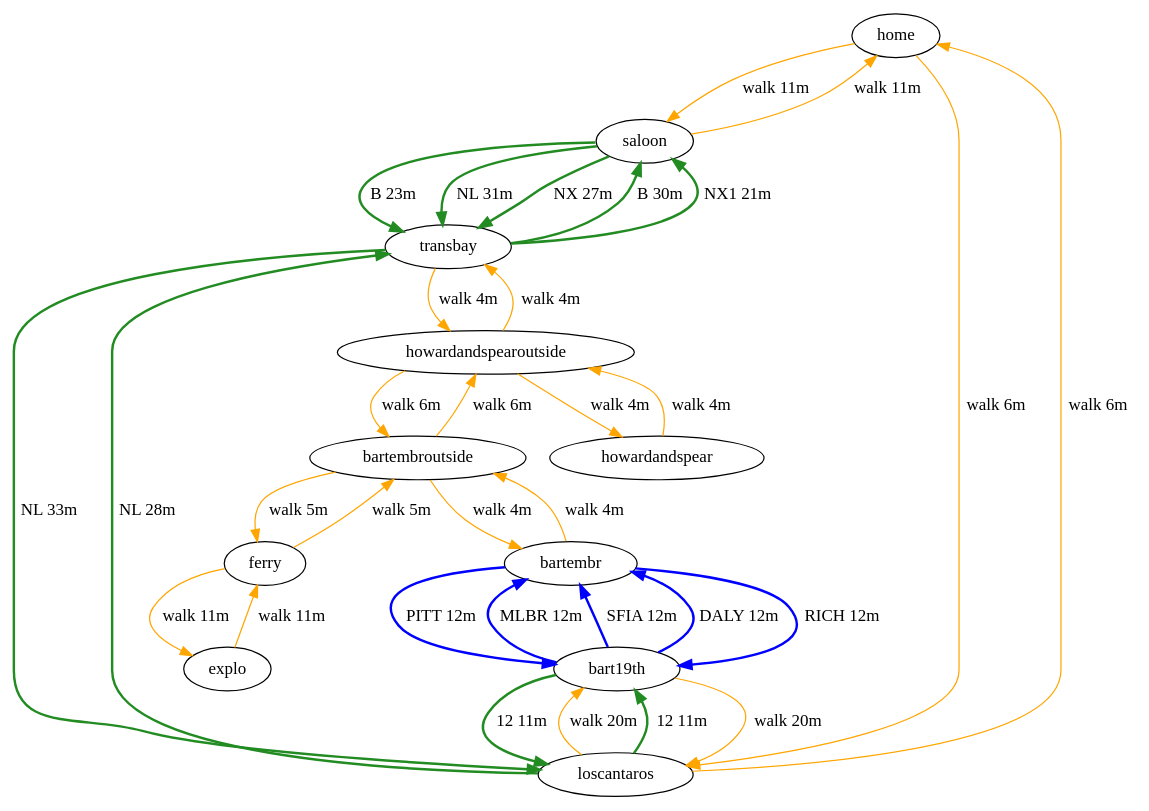
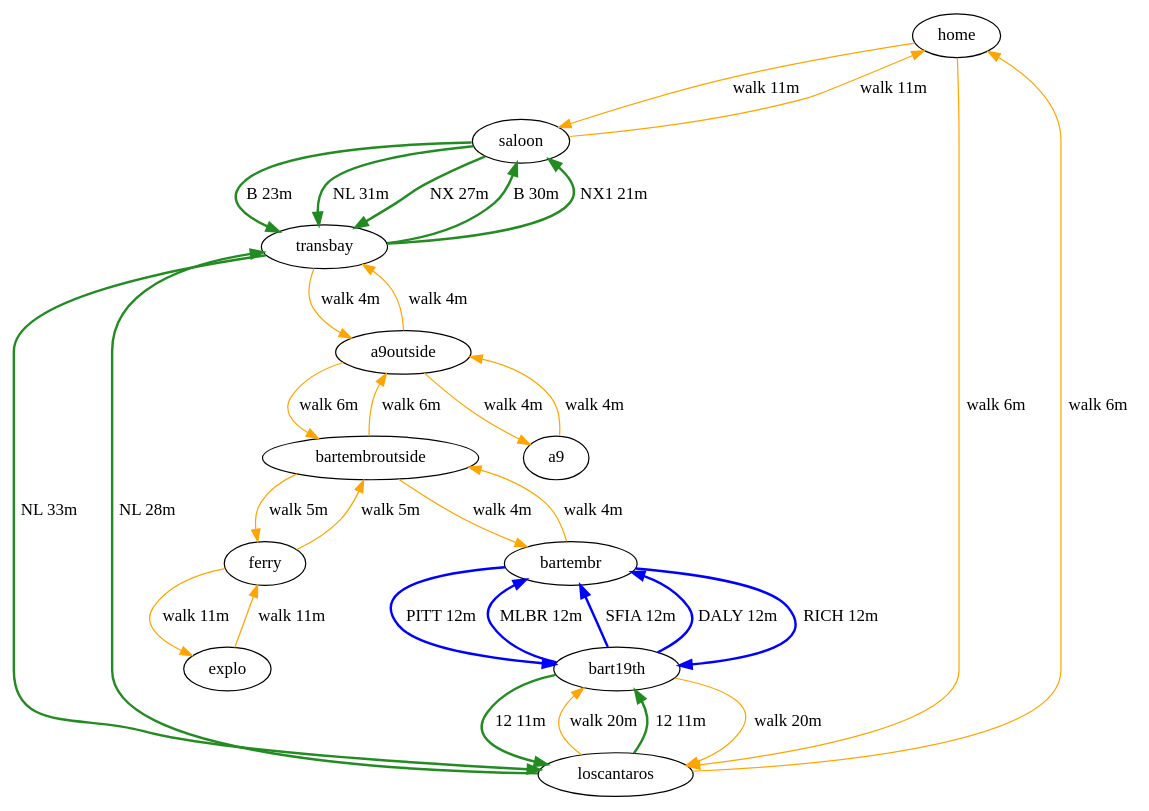
One commit to longears/busfinder changed the diagram in build/graph.dot. Above: the diagram before and after it, drawn with Graphviz. The commit also changed 12 other files, not shown here.

```diff
--- a/build/graph.dot
+++ b/build/graph.dot
@@ -1,35 +1,35 @@
 digraph {
     edge [len=3];
     home -> saloon[label="walk 11m", color=orange];
     saloon -> home[label="walk 11m", color=orange];
     home -> loscantaros[label="walk 6m", color=orange];
     loscantaros -> home[label="walk 6m", color=orange];
     loscantaros -> bart19th[label="walk 20m", color=orange];
     bart19th -> loscantaros[label="walk 20m", color=orange];
     ferry -> explo[label="walk 11m", color=orange];
     explo -> ferry[label="walk 11m", color=orange];
     ferry -> bartembroutside[label="walk 5m", color=orange];
     bartembroutside -> ferry[label="walk 5m", color=orange];
-    bartembroutside -> howardandspearoutside[label="walk 6m", color=orange];
-    howardandspearoutside -> bartembroutside[label="walk 6m", color=orange];
-    howardandspearoutside -> transbay[label="walk 4m", color=orange];
-    transbay -> howardandspearoutside[label="walk 4m", color=orange];
+    bartembroutside -> a9outside[label="walk 6m", color=orange];
+    a9outside -> bartembroutside[label="walk 6m", color=orange];
+    a9outside -> transbay[label="walk 4m", color=orange];
+    transbay -> a9outside[label="walk 4m", color=orange];
     bartembr -> bartembroutside[label="walk 4m", color=orange];
     bartembroutside -> bartembr[label="walk 4m", color=orange];
-    howardandspearoutside -> howardandspear[label="walk 4m", color=orange];
-    howardandspear -> howardandspearoutside[label="walk 4m", color=orange];
+    a9outside -> a9[label="walk 4m", color=orange];
+    a9 -> a9outside[label="walk 4m", color=orange];
     loscantaros -> bart19th[label="12 11m", color=forestgreen, style=bold];
     bart19th -> loscantaros[label="12 11m", color=forestgreen, style=bold];
     bart19th -> bartembr[label="MLBR 12m", color=blue, style=bold];
     bart19th -> bartembr[label="SFIA 12m", color=blue, style=bold];
     bart19th -> bartembr[label="DALY 12m", color=blue, style=bold];
     bartembr -> bart19th[label="RICH 12m", color=blue, style=bold];
     bartembr -> bart19th[label="PITT 12m", color=blue, style=bold];
     saloon -> transbay[label="B 23m", color=forestgreen, style=bold];
     saloon -> transbay[label="NL 31m", color=forestgreen, style=bold];
     saloon -> transbay[label="NX 27m", color=forestgreen, style=bold];
     loscantaros -> transbay[label="NL 28m", color=forestgreen, style=bold];
     transbay -> saloon[label="B 30m", color=forestgreen, style=bold];
     transbay -> loscantaros[label="NL 33m", color=forestgreen, style=bold];
     transbay -> saloon[label="NX1 21m", color=forestgreen, style=bold];
 }
```
